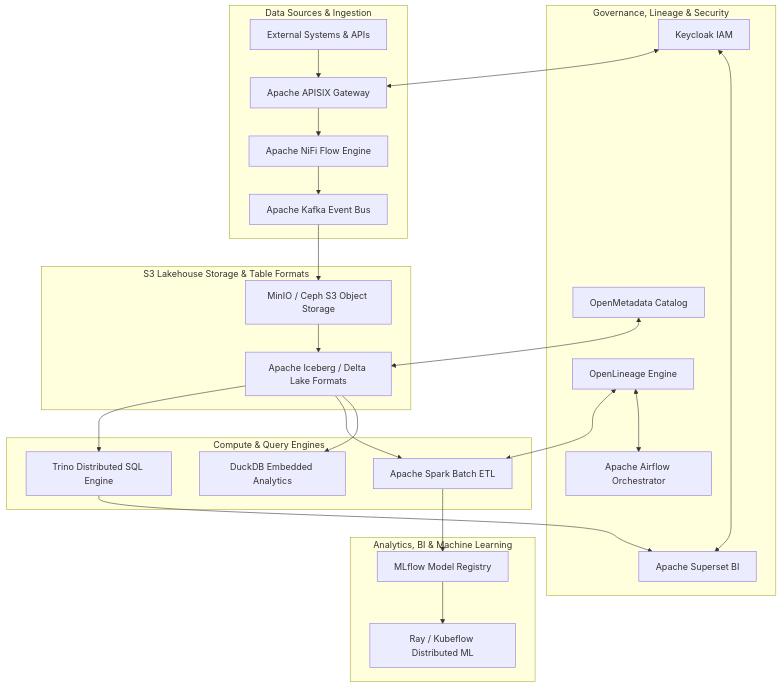
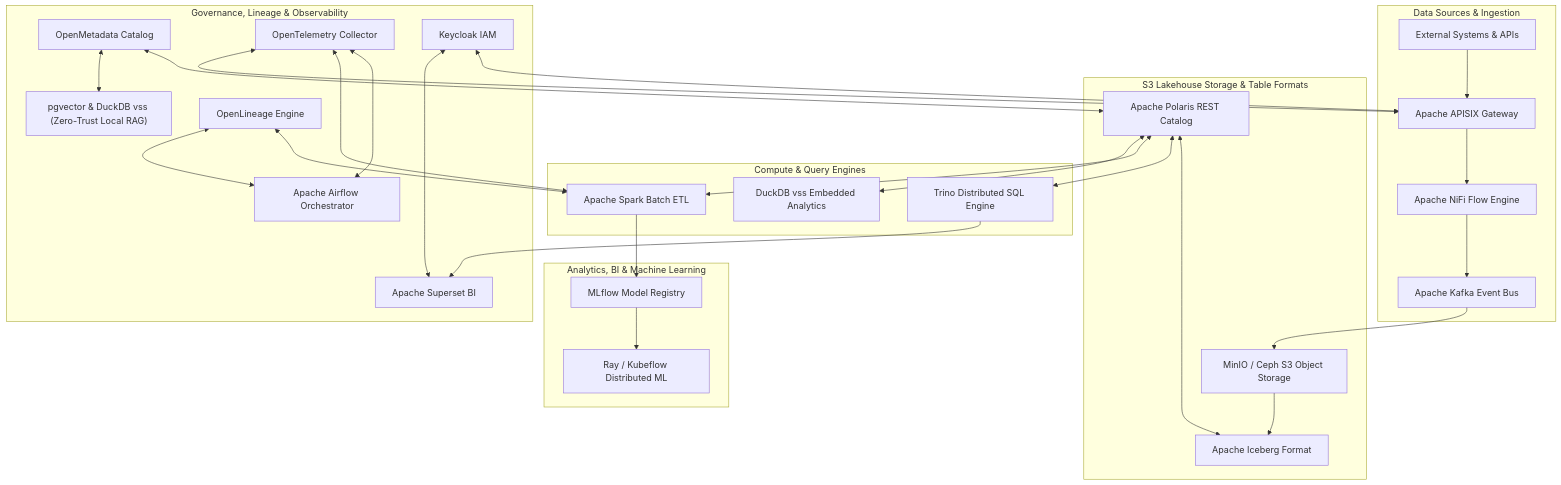
Before and after one commit to linuxmalaysia/bda-ai-infra: the diagram in openwiki/architecture/overview.md, drawn with Mermaid. The commit also changed other lines of this file and 16 other files, not shown here.

````diff
--- a/openwiki/architecture/overview.md
+++ b/openwiki/architecture/overview.md
@@ -15,33 +15,38 @@
 ```mermaid
 flowchart TD
     subgraph Sourcing ["Data Sources & Ingestion"]
         ExtAPI["External Systems & APIs"] --> APISIX["Apache APISIX Gateway"]
         APISIX --> NiFi["Apache NiFi Flow Engine"]
         NiFi --> Kafka["Apache Kafka Event Bus"]
     end
 
     subgraph StorageLayer ["S3 Lakehouse Storage & Table Formats"]
         Kafka --> MinIO["MinIO / Ceph S3 Object Storage"]
-        MinIO --> Iceberg["Apache Iceberg / Delta Lake Formats"]
+        MinIO --> Iceberg["Apache Iceberg Format"]
+        Polaris["Apache Polaris REST Catalog"] <--> Iceberg
     end
 
     subgraph ComputeLayer ["Compute & Query Engines"]
-        Iceberg --> Trino["Trino Distributed SQL Engine"]
-        Iceberg --> Spark["Apache Spark Batch ETL"]
-        Iceberg --> DuckDB["DuckDB Embedded Analytics"]
+        Polaris <--> Trino["Trino Distributed SQL Engine"]
+        Polaris <--> Spark["Apache Spark Batch ETL"]
+        Polaris <--> DuckDB["DuckDB vss Embedded Analytics"]
     end
 
-    subgraph GovernanceLayer ["Governance, Lineage & Security"]
-        OpenMeta["OpenMetadata Catalog"] <--> Iceberg
+    subgraph GovernanceLayer ["Governance, Lineage & Observability"]
+        OpenMeta["OpenMetadata Catalog"] <--> Polaris
+        OpenMeta <--> PgVector["pgvector & DuckDB vss (Zero-Trust Local RAG)"]
         OpenLineage["OpenLineage Engine"] <--> Spark
         OpenLineage <--> Airflow["Apache Airflow Orchestrator"]
+        OTel["OpenTelemetry Collector"] <--> Airflow
+        OTel <--> Spark
+        OTel <--> APISIX
         Keycloak["Keycloak IAM"] <--> APISIX
         Keycloak <--> Superset["Apache Superset BI"]
     end
 
     subgraph AnalyticsLayer ["Analytics, BI & Machine Learning"]
         Trino --> Superset
         Spark --> MLflow["MLflow Model Registry"]
         MLflow --> Ray["Ray / Kubeflow Distributed ML"]
     end
 ```
````
